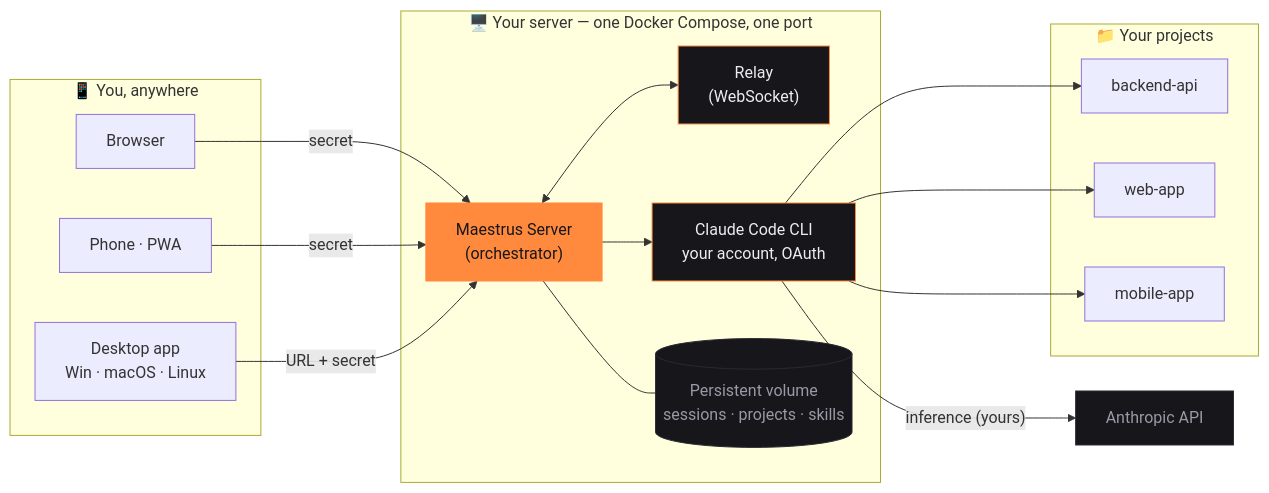
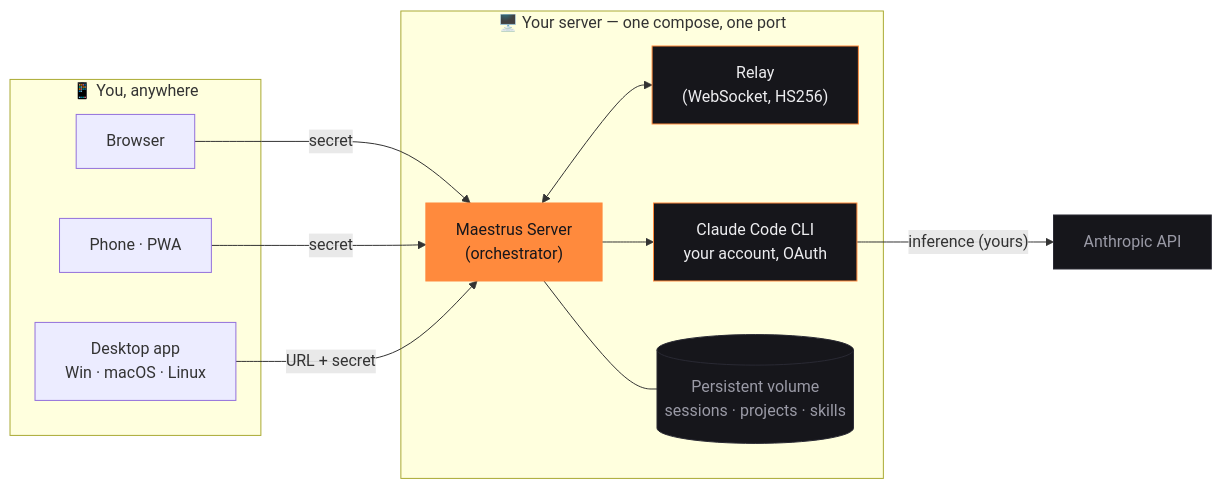
One commit to joaoventuri/maestrus changed the diagram in README.md. Above: the diagram before and after it, drawn with Mermaid. The commit also changed other lines of this file, not shown here.

````diff
--- a/README.md
+++ b/README.md
@@ -124,36 +186,29 @@
 ```mermaid
 flowchart LR
     subgraph you["📱 You, anywhere"]
         B["Browser"]
         P["Phone · PWA"]
         D["Desktop app<br/>Win · macOS · Linux"]
     end
 
-    subgraph server["🖥️ Your server — one Docker Compose, one port"]
+    subgraph server["🖥️ Your server — one compose, one port"]
         M["Maestrus Server<br/>(orchestrator)"]
-        R["Relay<br/>(WebSocket)"]
+        R["Relay<br/>(WebSocket, HS256)"]
         C["Claude Code CLI<br/>your account, OAuth"]
         V[("Persistent volume<br/>sessions · projects · skills")]
-    end
-
-    subgraph projects["📁 Your projects"]
-        P1["backend-api"]
-        P2["web-app"]
-        P3["mobile-app"]
     end
 
     B -- "secret" --> M
     P -- "secret" --> M
     D -- "URL + secret" --> M
     M <--> R
     M --> C
-    C --> P1 & P2 & P3
     M --- V
     C -- "inference (yours)" --> A["Anthropic API"]
 
     style M fill:#ff8a3d,stroke:#ff8a3d,color:#16161b
     style R fill:#16161b,stroke:#ff8a3d,color:#ededf0
     style C fill:#16161b,stroke:#ff8a3d,color:#ededf0
     style V fill:#16161b,stroke:#2a2a34,color:#9a9aa6
     style A fill:#16161b,stroke:#2a2a34,color:#9a9aa6
 ```
````
